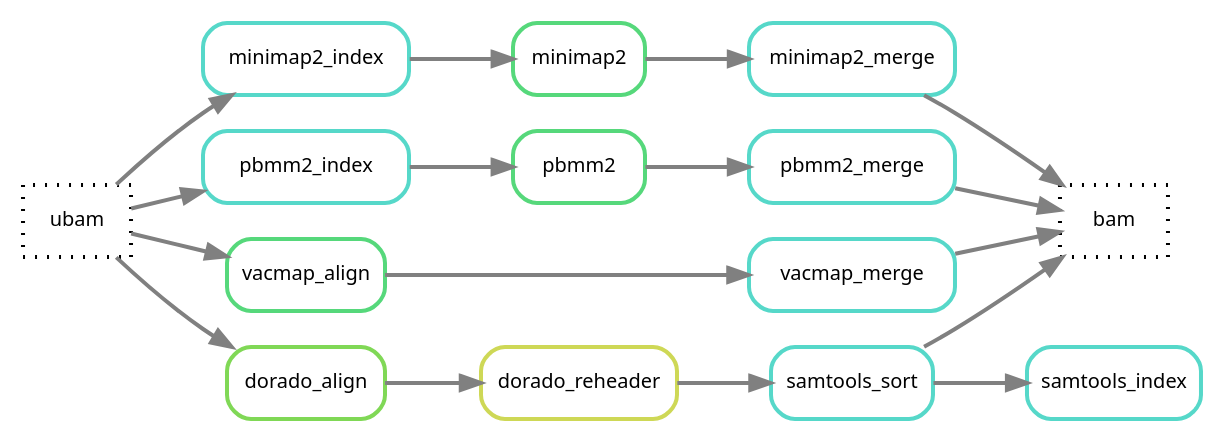
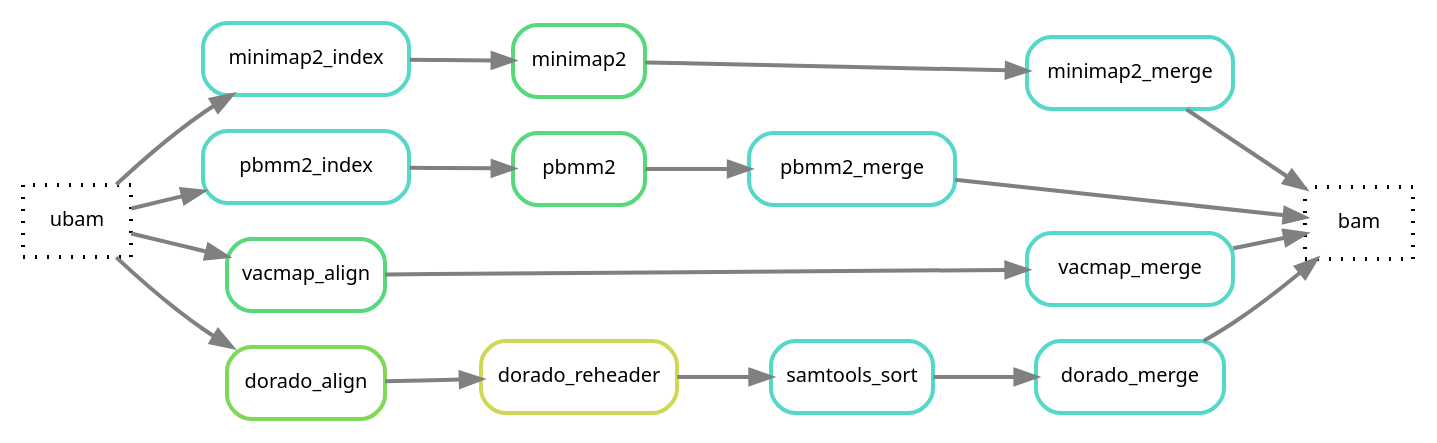
One commit to hydra-genetics/alignment changed the diagram in docs/images/alignment.longread.dot. Above: the diagram before and after it, drawn with Graphviz. The commit also changed 9 other files, not shown here.

```diff
--- a/docs/images/alignment.longread.dot
+++ b/docs/images/alignment.longread.dot
@@ -1,97 +1,97 @@
 digraph snakemake_dag {
              rankdir=LR;
 	graph [bb="0,0,103,252",
 		bgcolor=white,
 		margin=0
 	];
 	node [fontname=sans,
 		fontsize=10,
 		label="\N",
 		penwidth=2,
 		style=rounded,
 		shape=box
 	];
 	edge [color=grey,
 		penwidth=2
 	];
 	10	[color="0.0 0.0 0.0",
 		height=0.5,
 		label="ubam",
 		pos="51.5,18",
 		width=0.75, style="dotted"];
 	0	 [color="0.0 0.0 0.0",
 		height=0.5,
 		label="bam",
 		pos="51.5,18",
 		width=0.75, style="dotted"];
 	2 -> 0	 [pos="e,51.5,36.413 51.5,71.831 51.5,64.131 51.5,54.974 51.5,46.417"];
 	4	 [color="0.48 0.6 0.85",
 		height=0.5,
 		label=minimap2_index,
 		pos="51.5,162",
 		width=1.4306];
 	2	 [color="0.48 0.6 0.85",
 		height=0.5,
 		label=minimap2_merge,
 		pos="51.5,162",
 		width=1.4306];
 	3	 [color="0.38 0.6 0.85",
 		height=0.5,
 		label=minimap2,
 		pos="51.5,234",
 		width=0.91667];
 	5	 [color="0.48 0.6 0.85",
 		height=0.5,
 		label=pbmm2_index,
 		pos="51.5,162",
 		width=1.4306];
 	6	 [color="0.48 0.6 0.85",
 		height=0.5,
 		label=pbmm2_merge,
 		pos="51.5,162",
 		width=1.4306];
 	7	 [color="0.38 0.6 0.85",
 		height=0.5,
 		label=pbmm2,
 		pos="51.5,234",
 		width=0.91667];
 	3 -> 2	 [pos="e,51.5,180.41 51.5,215.83 51.5,208.13 51.5,198.97 51.5,190.42"];
 	10 -> 4
 	4 -> 3
 	10 -> 5
 	5 -> 7
 	7 -> 6
 	6 -> 0
 	8	 [color="0.38 0.6 0.85",
 		height=0.5,
 		label=vacmap_align,
 		width=1.1];
 	9	 [color="0.48 0.6 0.85",
 		height=0.5,
 		label=vacmap_merge,
 		width=1.4306];
 	10 -> 8
 	8 -> 9
 	9 -> 0
 	11	[color="0.28 0.6 0.85",
 		height=0.5,
 		label=dorado_align,
 		width=1.1];
 	12	[color="0.48 0.6 0.85",
 		height=0.5,
 		label=samtools_sort,
 		width=1.1];
-	13	[color="0.48 0.6 0.85",
-		height=0.5,
-		label=samtools_index,
-		width=1.1];
 	14	[color="0.18 0.6 0.85",
 		height=0.5,
 		label=dorado_reheader,
 		width=1.3];
+	15	[color="0.48 0.6 0.85",
+		height=0.5,
+		label=dorado_merge,
+		width=1.3];
 	10 -> 11
 	11 -> 14
 	14 -> 12
-	12 -> 0
-	12 -> 13
+	12 -> 15
+	15 -> 0
 }
```
